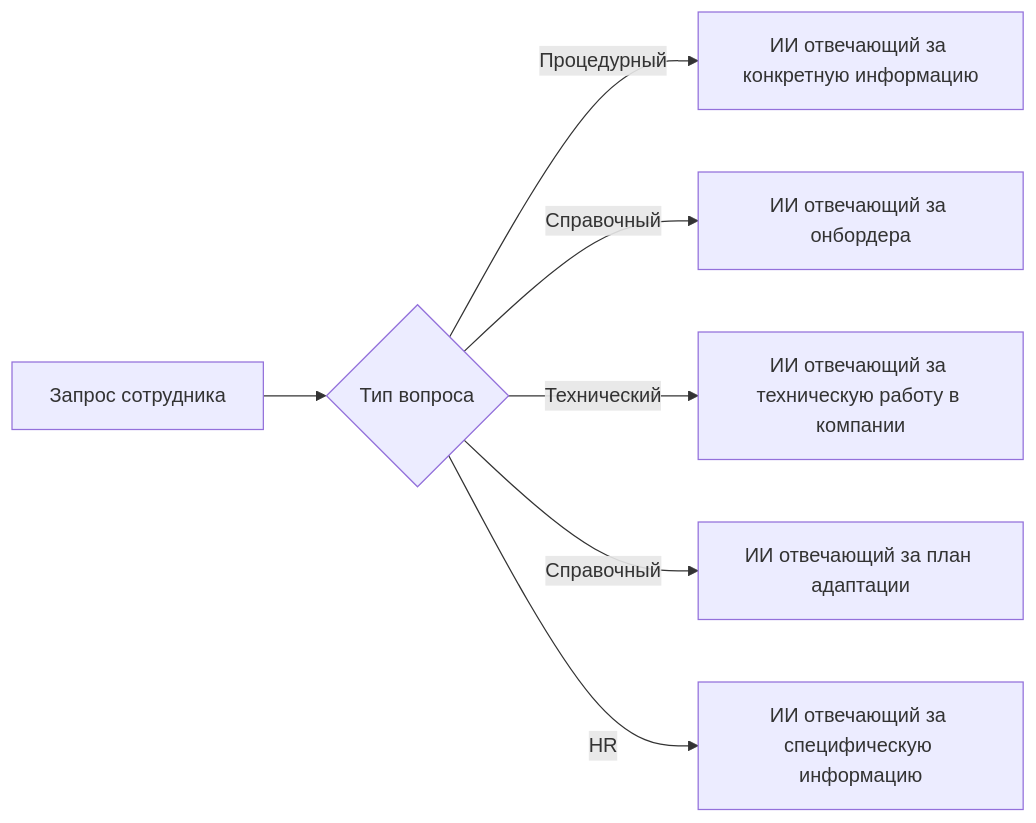
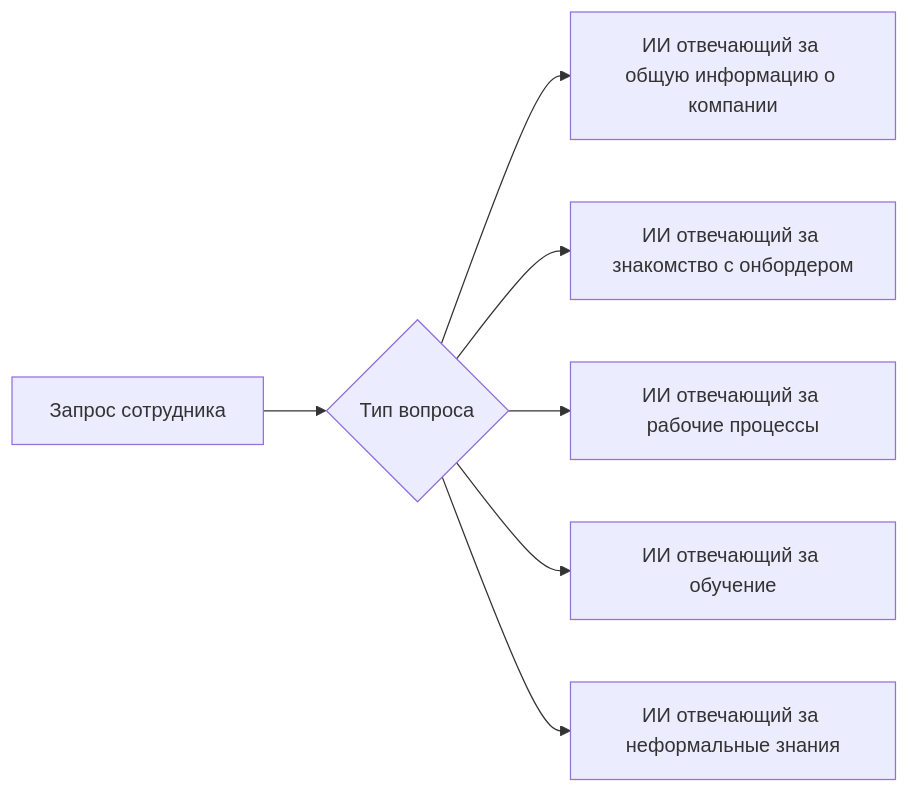
One commit to Namelomax/AIOnborder changed the first of 3 diagrams in AIOnborder/Этапы работы ассистента.md. Above: the diagram before and after it, drawn with Mermaid. The commit also changed other lines of this file and 2 other files, not shown here.

Commit message:
vault backup: 2025-08-04 12:27:30

````diff
--- a/AIOnborder/Этапы работы ассистента.md
+++ b/AIOnborder/Этапы работы ассистента.md
@@ -27,9 +27,9 @@
-```mermaid
-flowchart LR
-    A[Запрос сотрудника] --> B{Тип вопроса}
-    B -->|Процедурный| C[ИИ отвечающий за конкретную информацию]
-    B -->|Справочный| D[ИИ отвечающий за онбордера]
-    B -->|Технический| F[ИИ отвечающий за техническую работу в компании]
-    B -->|Справочный| G[ИИ отвечающий за план адаптации]
-    B -->|HR| E[ИИ отвечающий за специфическую информацию]
-```
+```mermaid  
+flowchart LR  
+    A[Запрос сотрудника] --> B{Тип вопроса}  
+    B --> C[ИИ отвечающий за общую информацию о компании]  
+    B --> D[ИИ отвечающий за знакомство с онбордером]  
+    B --> F[ИИ отвечающий за рабочие процессы]  
+    B --> G[ИИ отвечающий за обучение]  
+    B --> E[ИИ отвечающий за неформальные знания]  
+```  
````
